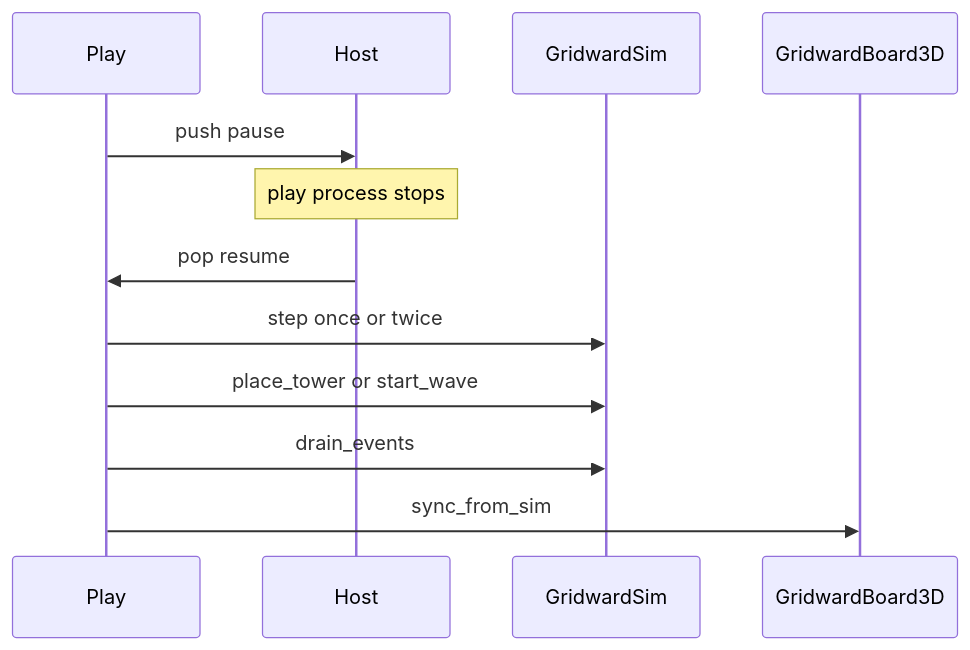
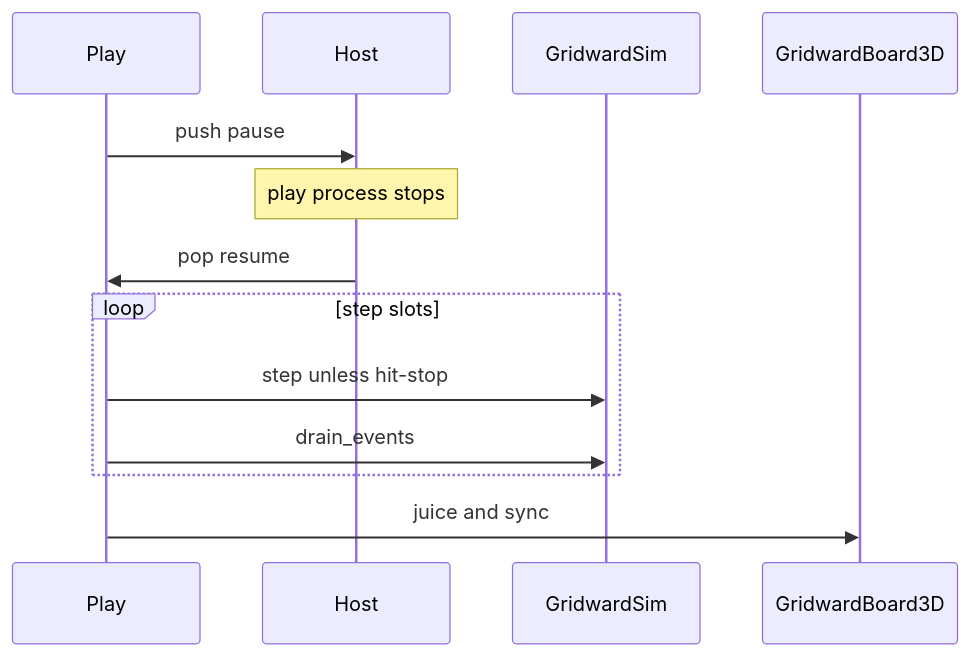
One commit to kblaszki/godot-game changed the second of 4 diagrams in games/gridward/docs/explanation/flow.md. Above: the diagram before and after it, drawn with Mermaid. The commit also changed other lines of this file and 23 other files, not shown here.

````diff
--- a/games/gridward/docs/explanation/flow.md
+++ b/games/gridward/docs/explanation/flow.md
@@ -39,14 +39,15 @@
 ```mermaid
 sequenceDiagram
   participant Play
   participant Host
   participant Sim as GridwardSim
   participant Board as GridwardBoard3D
   Play->>Host: push pause
   Note over Host: play process stops
   Host->>Play: pop resume
-  Play->>Sim: step once or twice
-  Play->>Sim: place_tower or start_wave
-  Play->>Sim: drain_events
-  Play->>Board: sync_from_sim
+  loop step slots
+    Play->>Sim: step unless hit-stop
+    Play->>Sim: drain_events
+  end
+  Play->>Board: juice and sync
 ```
````
